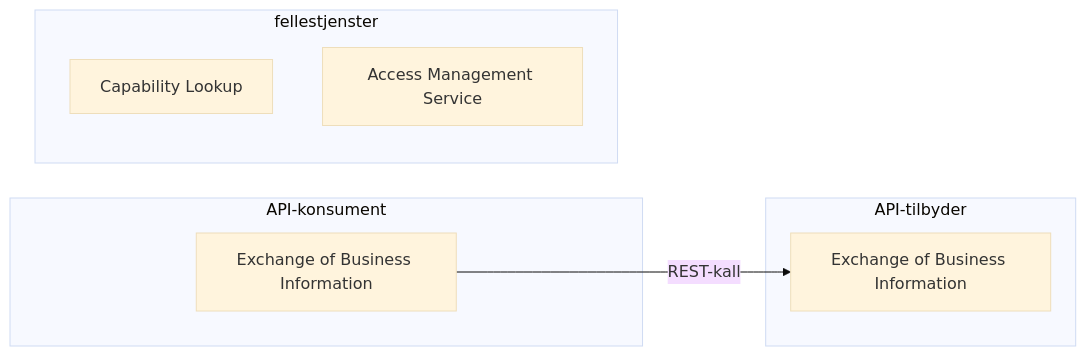
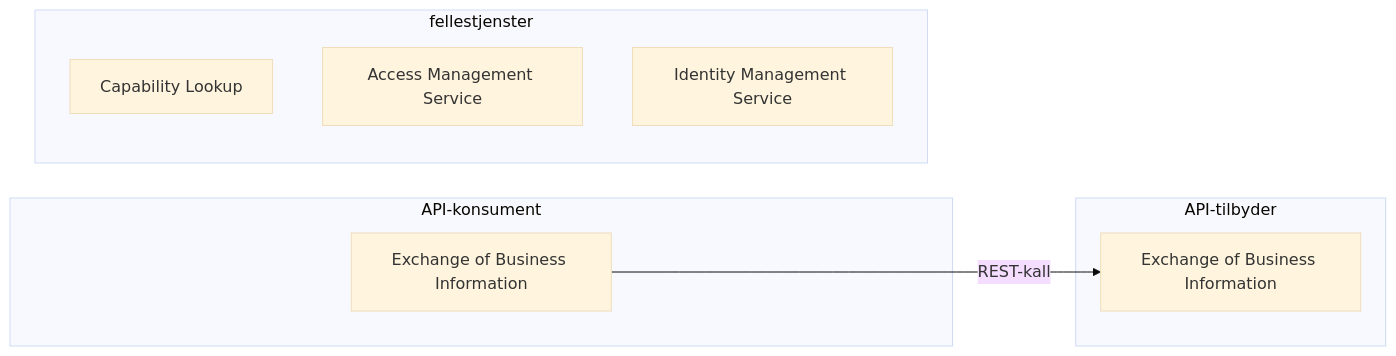
Before and after one commit to joergenb/oauth2-veileder: the first of 2 diagrams in pages/oauth2/eoppslag_abb.md, drawn with Mermaid (base theme). The commit also changed other lines of this file, not shown here.

```diff
--- a/pages/oauth2/eoppslag_abb.md
+++ b/pages/oauth2/eoppslag_abb.md
@@ -25,20 +25,21 @@
 <div class="mermaid">
 graph LR
 
  subgraph API-konsument
   bus1[Exchange of Business Information]
  end
 
  subgraph API-tilbyder
   bus2[Exchange of Business Information]
  end
 
  bus1 -- REST-kall --> bus2
 
  subgraph fellestjenster
   cl[Capability Lookup]
   am[Access Management Service]
+  ims[Identity Management Service]
  end
 
 
 </div>
```
